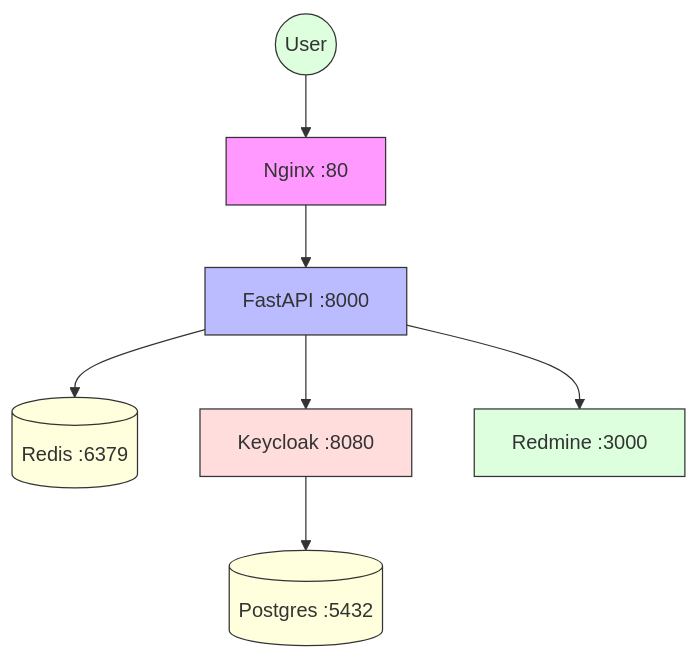
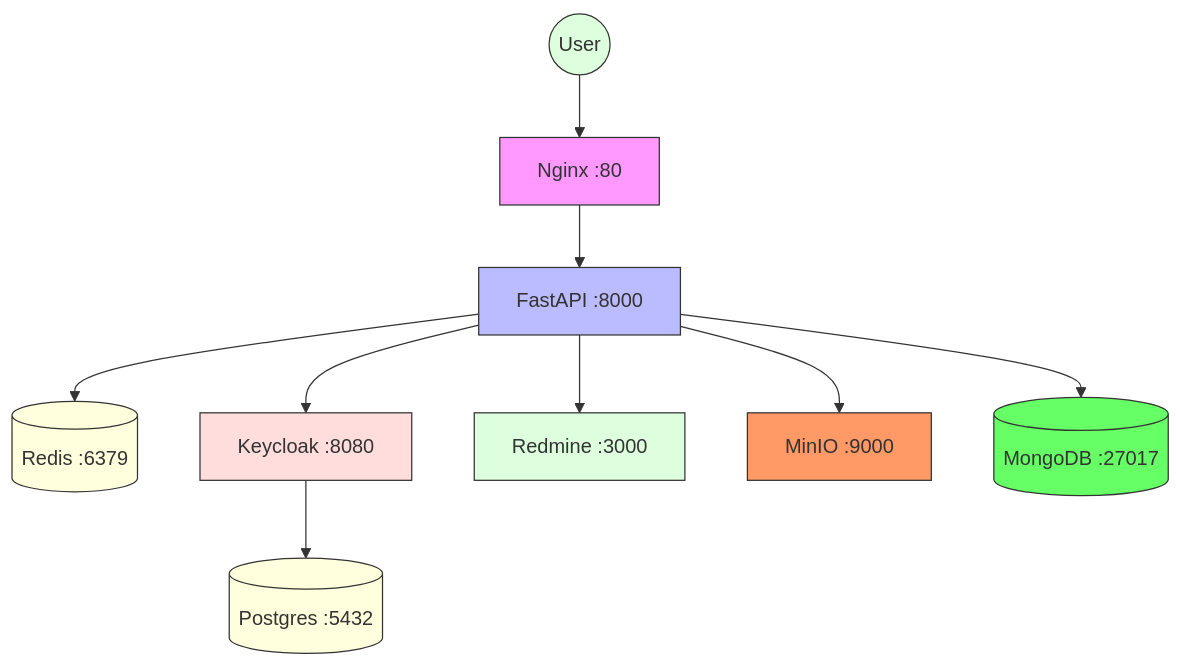
One commit to manishk-variyas/attendance-backend changed the sixth of 7 diagrams in docs/backend_architecture.md. Above: the diagram before and after it, drawn with Mermaid. The commit also changed other lines of this file and 36 other files, not shown here.

````diff
--- a/docs/backend_architecture.md
+++ b/docs/backend_architecture.md
@@ -698,17 +871,21 @@
 ```mermaid
 graph TD
     User((User)) --> Nginx[Nginx :80]
     Nginx --> Backend[FastAPI :8000]
     Backend --> Redis[(Redis :6379)]
     Backend --> Keycloak[Keycloak :8080]
     Keycloak --> Postgres[(Postgres :5432)]
     Backend --> Redmine[Redmine :3000]
+    Backend --> MinIO[MinIO :9000]
+    Backend --> Mongo[(MongoDB :27017)]
     
     style Nginx fill:#f9f,stroke:#333
     style Backend fill:#bbf,stroke:#333
     style User fill:#dfd,stroke:#333
     style Keycloak fill:#fdd,stroke:#333
     style Redis fill:#ffd,stroke:#333
     style Postgres fill:#ffd,stroke:#333
     style Redmine fill:#dfd,stroke:#333
+    style MinIO fill:#f96,stroke:#333
+    style Mongo fill:#6f6,stroke:#333
 ```
````
